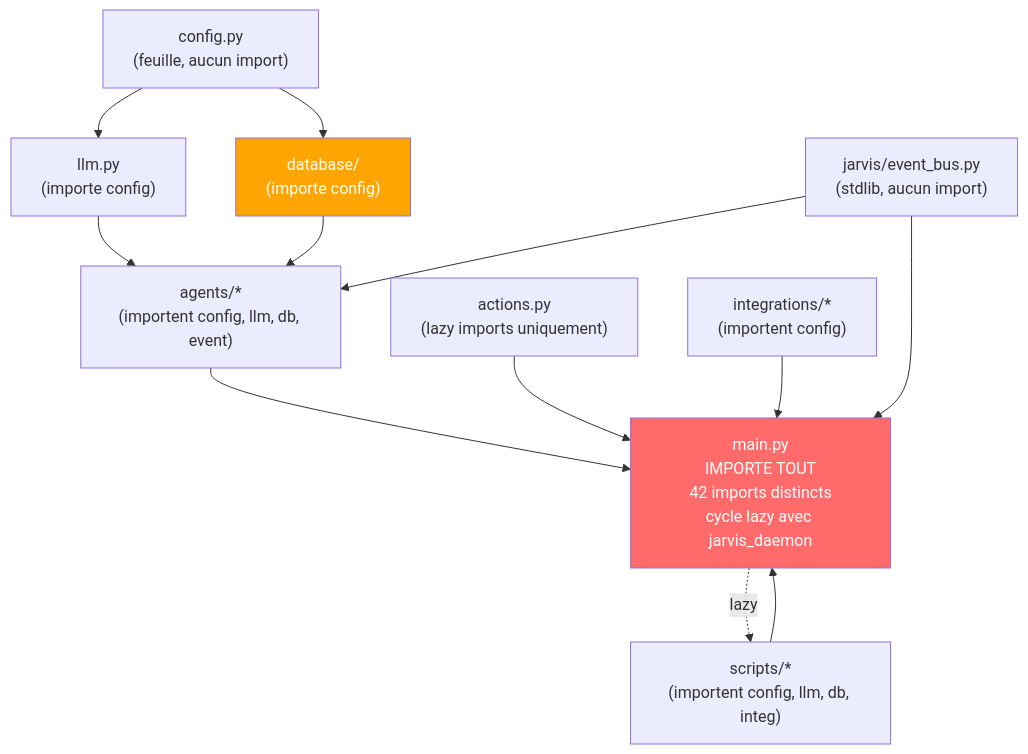
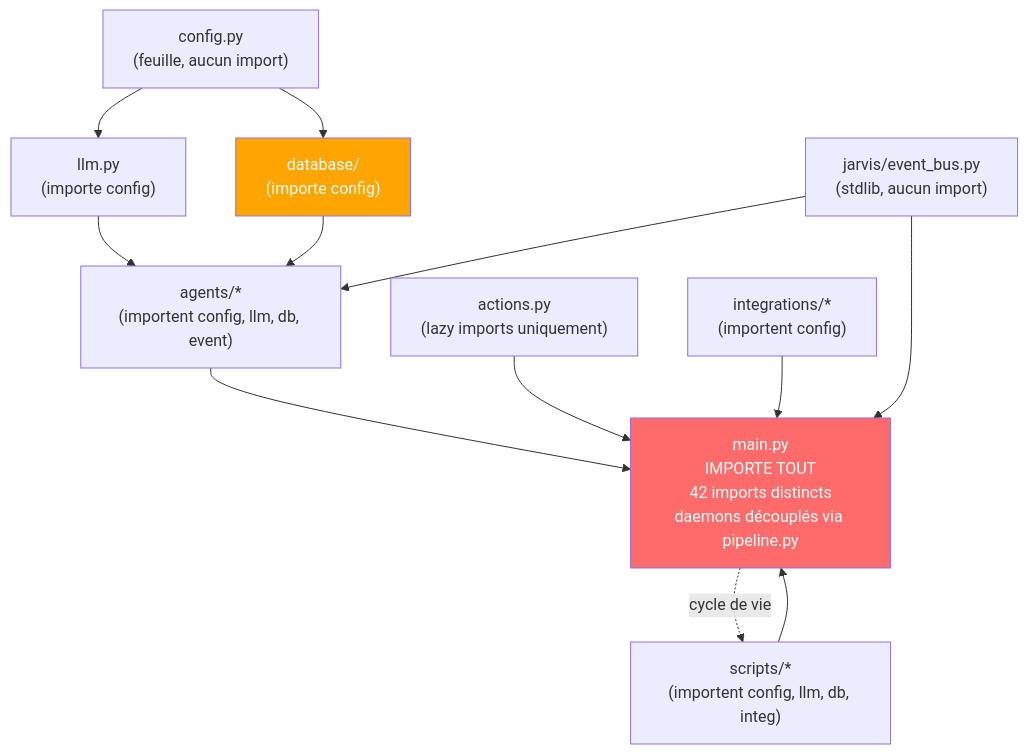
One commit to AVTAVANTTOUT2/JarvisAPI changed the first of 5 diagrams in Architecture/01_CARTOGRAPHIE.md. Above: the diagram before and after it, drawn with Mermaid. The commit also changed other lines of this file and 12 other files, not shown here.

````diff
--- a/Architecture/01_CARTOGRAPHIE.md
+++ b/Architecture/01_CARTOGRAPHIE.md
@@ -165,31 +165,31 @@
 ```mermaid
 graph TB
     CONFIG["config.py<br/>(feuille, aucun import)"]
     LLM["llm.py<br/>(importe config)"]
     DB["database/<br/>(importe config)"]
     EVENT["jarvis/event_bus.py<br/>(stdlib, aucun import)"]
 
     AGENTS["agents/*<br/>(importent config, llm, db, event)"]
     ACTIONS["actions.py<br/>(lazy imports uniquement)"]
     INTEG["integrations/*<br/>(importent config)"]
     SCRIPTS["scripts/*<br/>(importent config, llm, db, integ)"]
 
-    MAIN["main.py<br/>IMPORTE TOUT<br/>42 imports distincts<br/>cycle lazy avec jarvis_daemon"]
+    MAIN["main.py<br/>IMPORTE TOUT<br/>42 imports distincts<br/>daemons découplés via pipeline.py"]
 
     CONFIG --> LLM
     CONFIG --> DB
     LLM --> AGENTS
     DB --> AGENTS
     EVENT --> AGENTS
     EVENT --> MAIN
 
     AGENTS --> MAIN
     ACTIONS --> MAIN
     INTEG --> MAIN
     SCRIPTS --> MAIN
 
-    MAIN -.->|lazy| SCRIPTS
+    MAIN -.->|cycle de vie| SCRIPTS
 
     style MAIN fill:#ff6b6b,color:#fff
     style DB fill:#ffa502,color:#fff
 ```
````
